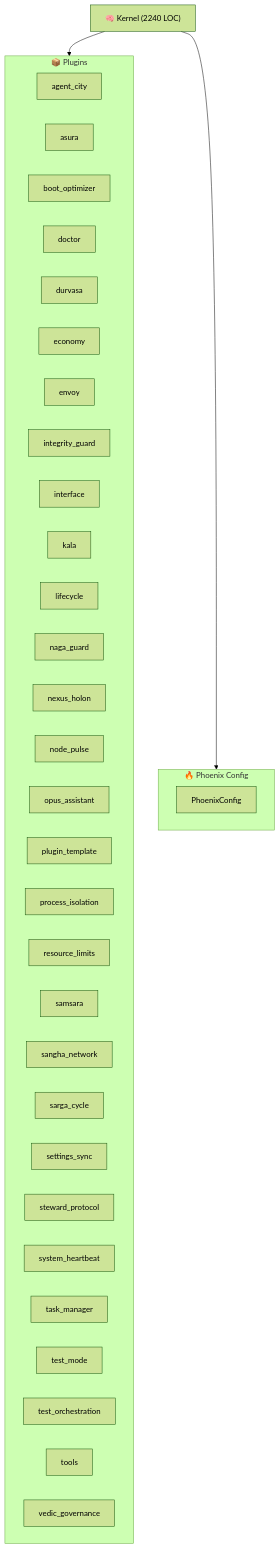
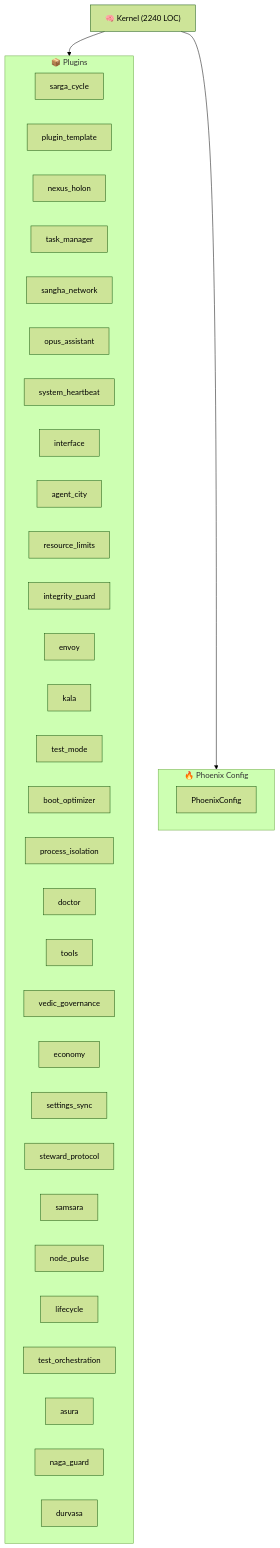
Before and after one commit to kimeisele/steward-protocol: the diagram in ARCHITECTURE.md, drawn with Mermaid (forest theme). The commit also changed other lines of this file and 12 other files, not shown here.

````diff
--- a/ARCHITECTURE.md
+++ b/ARCHITECTURE.md
@@ -8,40 +8,40 @@
 ```mermaid
 graph TB
     K["🧠 Kernel (2240 LOC)"]
     subgraph Plugins["📦 Plugins"]
+        P_sarga_cycle["sarga_cycle"]
+        P_plugin_template["plugin_template"]
+        P_nexus_holon["nexus_holon"]
+        P_task_manager["task_manager"]
+        P_sangha_network["sangha_network"]
+        P_opus_assistant["opus_assistant"]
+        P_system_heartbeat["system_heartbeat"]
+        P_interface["interface"]
         P_agent_city["agent_city"]
-        P_asura["asura"]
+        P_resource_limits["resource_limits"]
+        P_integrity_guard["integrity_guard"]
+        P_envoy["envoy"]
+        P_kala["kala"]
+        P_test_mode["test_mode"]
         P_boot_optimizer["boot_optimizer"]
+        P_process_isolation["process_isolation"]
         P_doctor["doctor"]
-        P_durvasa["durvasa"]
+        P_tools["tools"]
+        P_vedic_governance["vedic_governance"]
         P_economy["economy"]
-        P_envoy["envoy"]
-        P_integrity_guard["integrity_guard"]
-        P_interface["interface"]
-        P_kala["kala"]
-        P_lifecycle["lifecycle"]
-        P_naga_guard["naga_guard"]
-        P_nexus_holon["nexus_holon"]
-        P_node_pulse["node_pulse"]
-        P_opus_assistant["opus_assistant"]
-        P_plugin_template["plugin_template"]
-        P_process_isolation["process_isolation"]
-        P_resource_limits["resource_limits"]
-        P_samsara["samsara"]
-        P_sangha_network["sangha_network"]
-        P_sarga_cycle["sarga_cycle"]
         P_settings_sync["settings_sync"]
         P_steward_protocol["steward_protocol"]
-        P_system_heartbeat["system_heartbeat"]
-        P_task_manager["task_manager"]
-        P_test_mode["test_mode"]
+        P_samsara["samsara"]
+        P_node_pulse["node_pulse"]
+        P_lifecycle["lifecycle"]
         P_test_orchestration["test_orchestration"]
-        P_tools["tools"]
-        P_vedic_governance["vedic_governance"]
+        P_asura["asura"]
+        P_naga_guard["naga_guard"]
+        P_durvasa["durvasa"]
     end
     K --> Plugins
     subgraph Config["🔥 Phoenix Config"]
         PC[PhoenixConfig]
     end
     K --> Config
 ```
````
